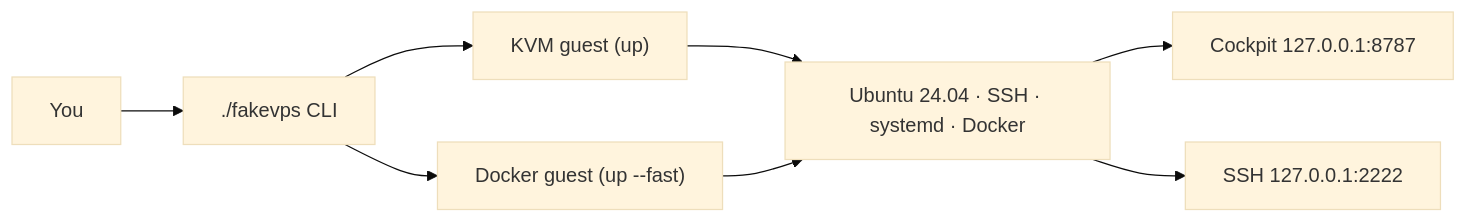
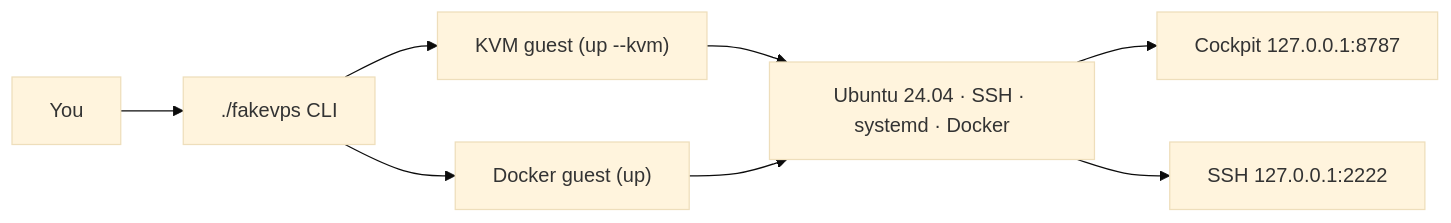
Before and after one commit to Mr-Aurevo-X/FakeVPS: the first of 2 diagrams in README.md, drawn with Mermaid (base theme). The commit also changed other lines of this file and 8 other files, not shown here.

````diff
--- a/README.md
+++ b/README.md
@@ -20,10 +20,10 @@
 ```mermaid
 flowchart LR
     You[You] --> CLI["./fakevps CLI"]
-    CLI --> KVM["KVM guest (up)"]
-    CLI --> Fast["Docker guest (up --fast)"]
+    CLI --> Fast["Docker guest (up)"]
+    CLI --> KVM["KVM guest (up --kvm)"]
     KVM --> Guest["Ubuntu 24.04 · SSH · systemd · Docker"]
     Fast --> Guest
     Guest --> Cockpit["Cockpit 127.0.0.1:8787"]
     Guest --> SSH["SSH 127.0.0.1:2222"]
 ```
````
